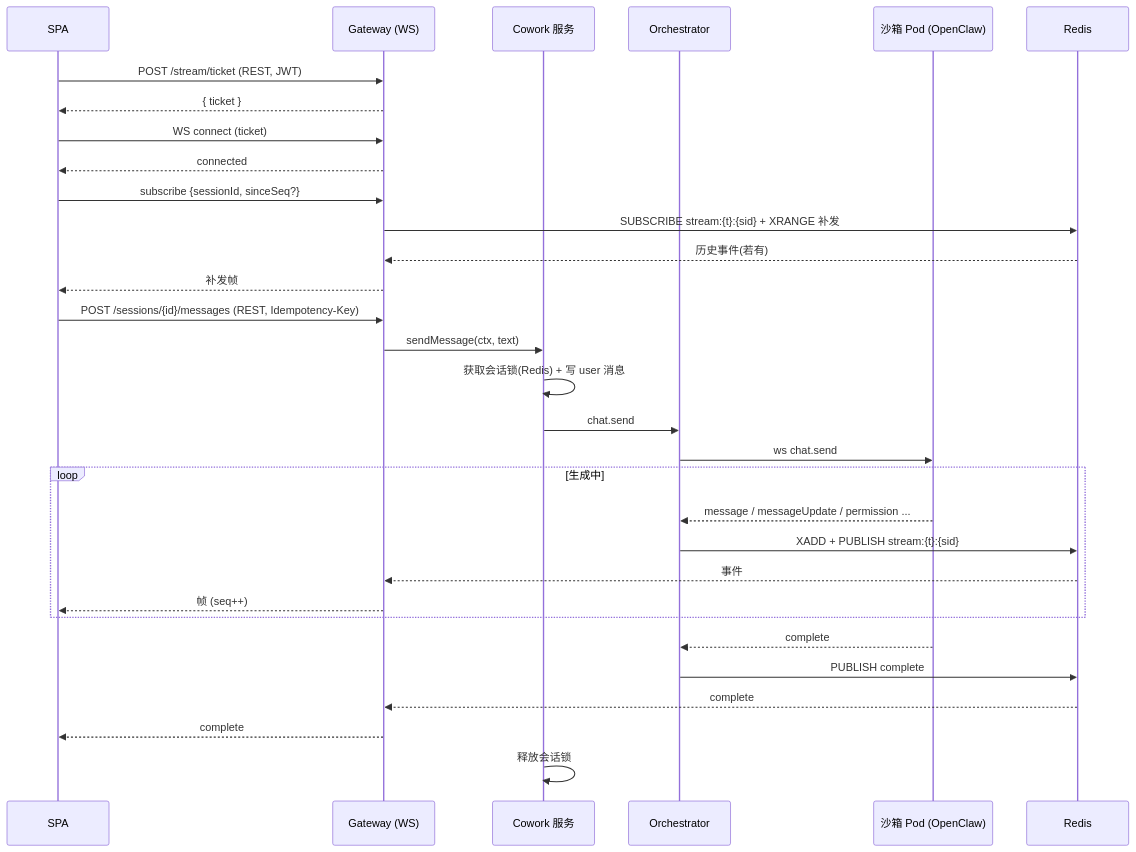
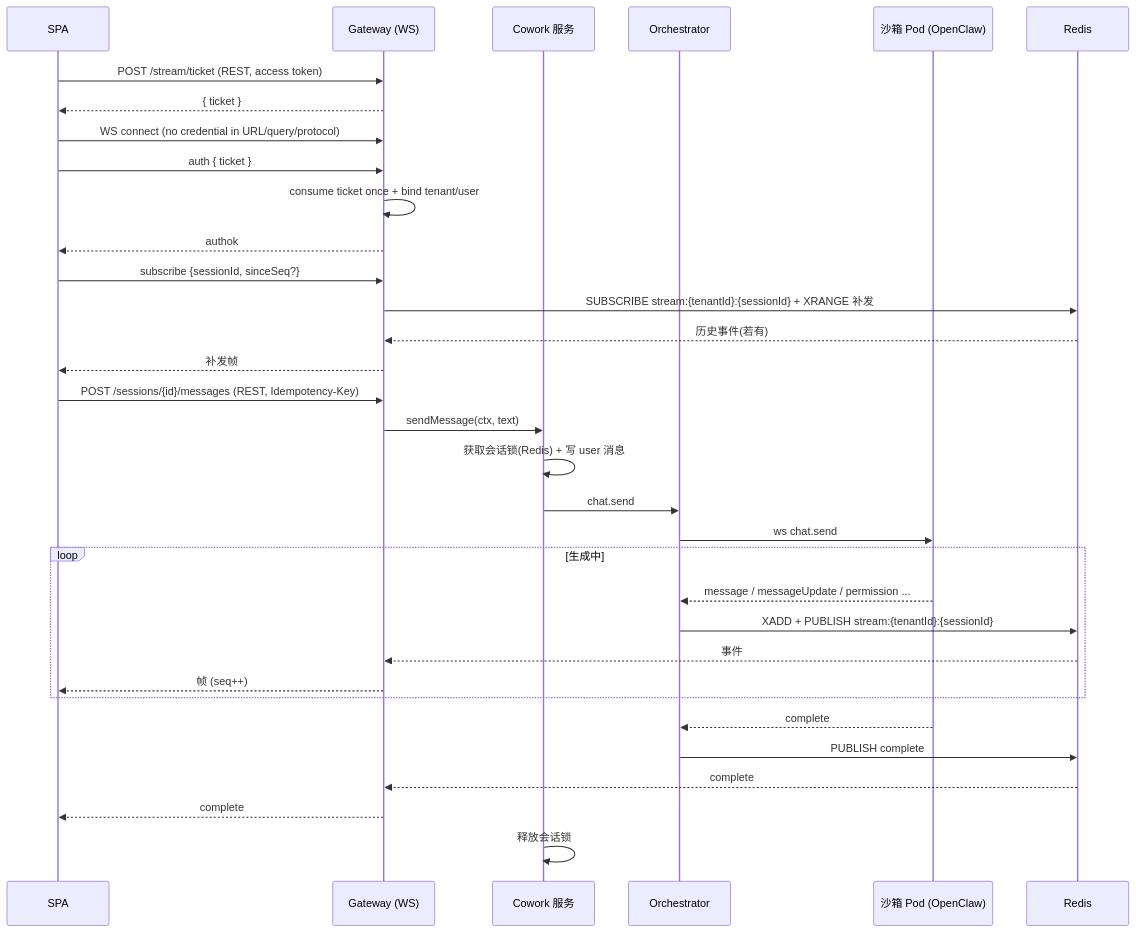
Before and after one commit to edward-ng-duke/LobsterAI: the second of 3 diagrams in 改造计划/04-后端服务与API设计.md, drawn with Mermaid. The commit also changed other lines of this file and 22 other files, not shown here.

````diff
--- a/改造计划/04-后端服务与API设计.md
+++ b/改造计划/04-后端服务与API设计.md
@@ -315,35 +318,37 @@
 ```mermaid
 sequenceDiagram
   participant C as SPA
   participant GW as Gateway (WS)
   participant CW as Cowork 服务
   participant OR as Orchestrator
   participant POD as 沙箱 Pod (OpenClaw)
   participant RS as Redis
 
-  C->>GW: POST /stream/ticket (REST, JWT)
+  C->>GW: POST /stream/ticket (REST, access token)
   GW-->>C: { ticket }
-  C->>GW: WS connect (ticket)
-  GW-->>C: connected
+  C->>GW: WS connect (no credential in URL/query/protocol)
+  C->>GW: auth { ticket }
+  GW->>GW: consume ticket once + bind tenant/user
+  GW-->>C: authok
   C->>GW: subscribe {sessionId, sinceSeq?}
-  GW->>RS: SUBSCRIBE stream:{t}:{sid} + XRANGE 补发
+  GW->>RS: SUBSCRIBE stream:{tenantId}:{sessionId} + XRANGE 补发
   RS-->>GW: 历史事件(若有)
   GW-->>C: 补发帧
 
   C->>GW: POST /sessions/{id}/messages (REST, Idempotency-Key)
   GW->>CW: sendMessage(ctx, text)
   CW->>CW: 获取会话锁(Redis) + 写 user 消息
   CW->>OR: chat.send
   OR->>POD: ws chat.send
   loop 生成中
     POD-->>OR: message / messageUpdate / permission ...
-    OR->>RS: XADD + PUBLISH stream:{t}:{sid}
+    OR->>RS: XADD + PUBLISH stream:{tenantId}:{sessionId}
     RS-->>GW: 事件
     GW-->>C: 帧 (seq++)
   end
   POD-->>OR: complete
   OR->>RS: PUBLISH complete
   RS-->>GW: complete
   GW-->>C: complete
   CW->>CW: 释放会话锁
 ```
````
